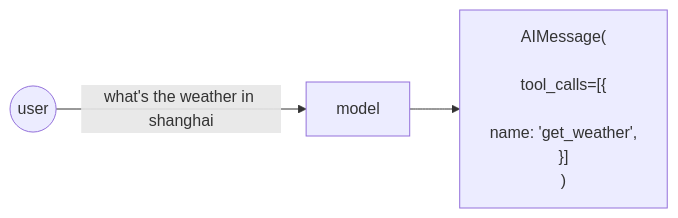
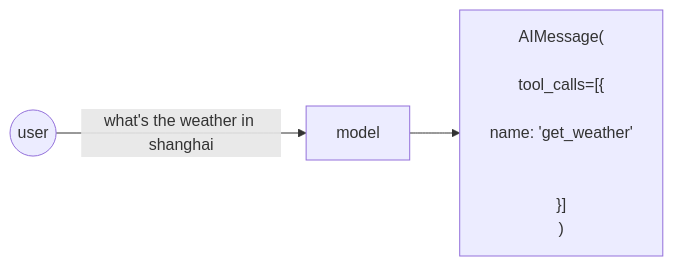
One commit to ka1fe1/iodraw-files changed the diagram in all/未命名-28.md. Above: the diagram before and after it, drawn with Mermaid.

Commit message:
2024-10-22 17:45:25 update

````diff
--- a/all/未命名-28.md
+++ b/all/未命名-28.md
@@ -1,12 +1,13 @@
 ```mermaid
 flowchart LR
     s1((user))
     s2["model"]
     s3["AIMessage(<br>
         tool_calls=[{<br>
-            name: 'get_weather',
+            name: 'get_weather'<br>
+            
         }]
     )"]
 
     s1 -->|what's the weather in shanghai| s2 --> s3
 ```
````
